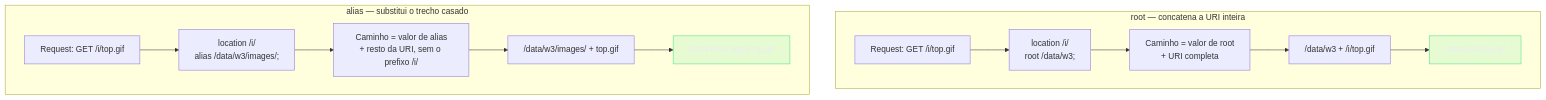
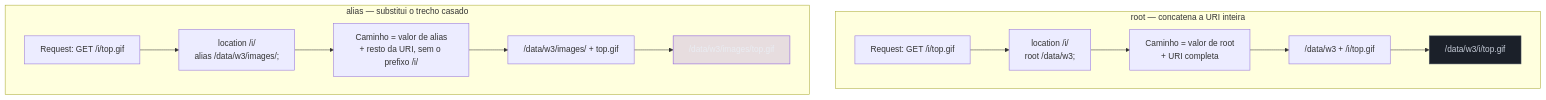
The diagram in 03-Dominios/Tecnologia/Infraestrutura/Nginx/06 - Servir arquivos estáticos.md (josenaldo/codex-technomanticus), drawn with Mermaid before and after one commit. The commit also changed 601 other files, not shown here.

````diff
--- a/03-Dominios/Tecnologia/Infraestrutura/Nginx/06 - Servir arquivos estáticos.md
+++ b/03-Dominios/Tecnologia/Infraestrutura/Nginx/06 - Servir arquivos estáticos.md
@@ -38,20 +38,21 @@
 ```mermaid
 graph TB
-    classDef ok fill:#4ADE8021,stroke:#4ADE80,color:#E9ECF2
+    classDef marca fill:#8855DF33,stroke:#8855DF,color:#E9ECF2
+    classDef neutro fill:#1B2029,stroke:#4E5666,color:#C6CCD8
     subgraph "root — concatena a URI inteira"
         R0["Request: GET /i/top.gif"] --> R1["location /i/<br/>root /data/w3;"]
         R1 --> R2["Caminho = valor de root<br/>+ URI completa"]
         R2 --> R3["/data/w3 + /i/top.gif"]
         R3 --> R4["/data/w3/i/top.gif"]
     end
 
     subgraph "alias — substitui o trecho casado"
         A0["Request: GET /i/top.gif"] --> A1["location /i/<br/>alias /data/w3/images/;"]
         A1 --> A2["Caminho = valor de alias<br/>+ resto da URI, sem o prefixo /i/"]
         A2 --> A3["/data/w3/images/ + top.gif"]
         A3 --> A4["/data/w3/images/top.gif"]
     end
 
-    class R4 ok
-    class A4 ok
+    class R4 neutro
+    class A4 marca
 ```
````
